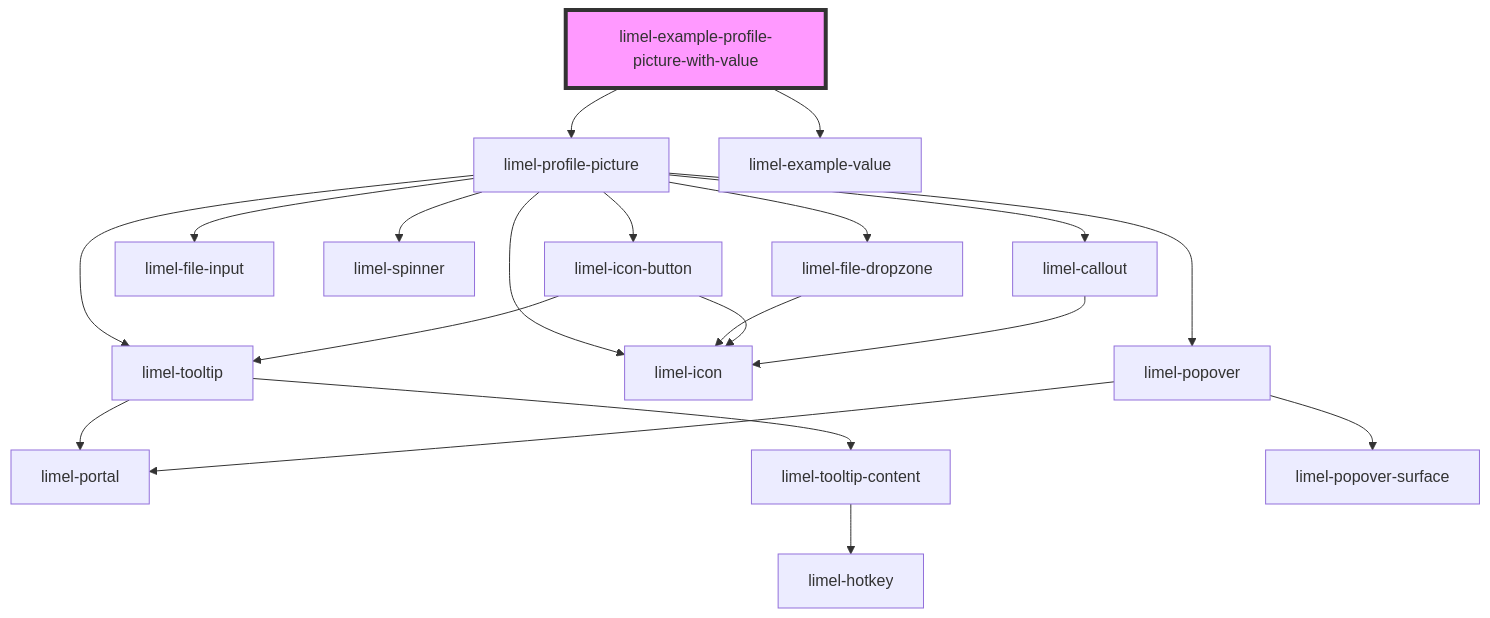
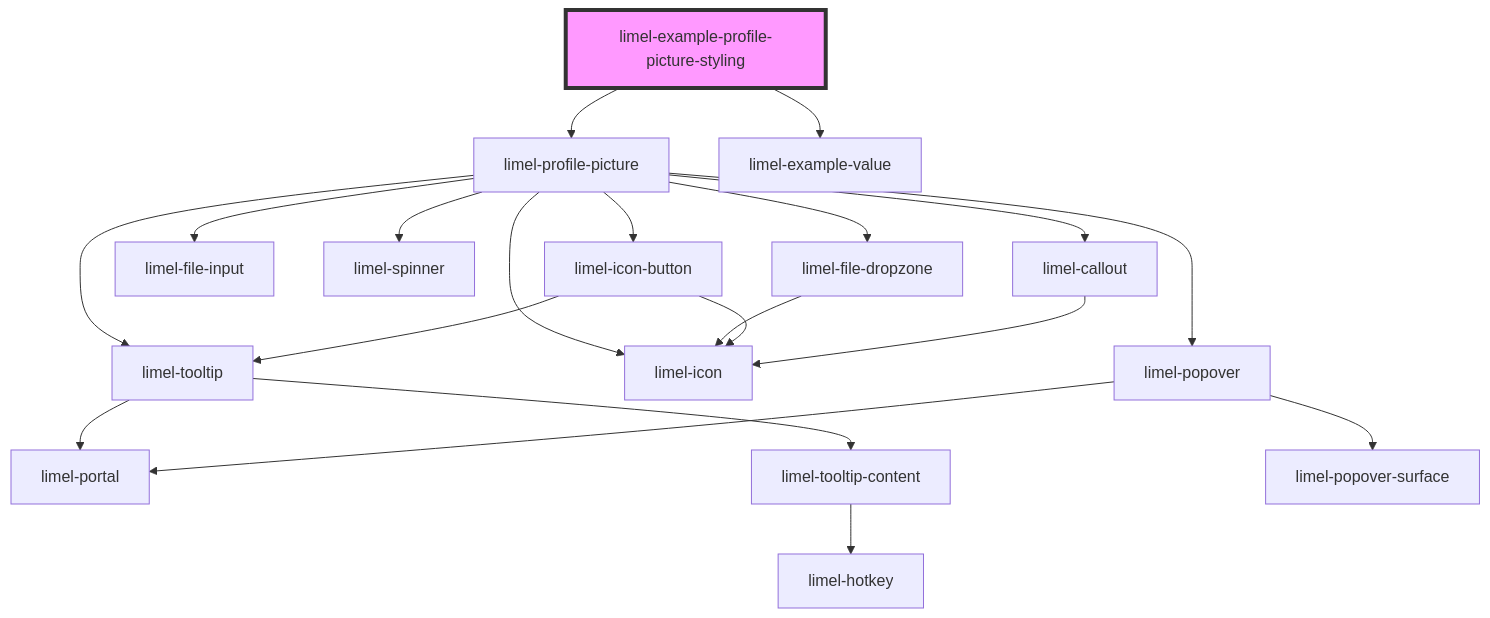
One commit to Lundalogik/lime-elements changed the diagram in versions/PR-4474/markdown-docs/components/profile-picture/examples/readme.md. Above: the diagram before and after it, drawn with Mermaid. The commit also changed other lines of this file and 3 other files, not shown here.

````diff
--- a/versions/PR-4474/markdown-docs/components/profile-picture/examples/readme.md
+++ b/versions/PR-4474/markdown-docs/components/profile-picture/examples/readme.md
@@ -17,23 +25,23 @@
 ```mermaid
 graph TD;
-  limel-example-profile-picture-with-value --> limel-profile-picture
-  limel-example-profile-picture-with-value --> limel-example-value
+  limel-example-profile-picture-styling --> limel-profile-picture
+  limel-example-profile-picture-styling --> limel-example-value
   limel-profile-picture --> limel-tooltip
   limel-profile-picture --> limel-file-dropzone
   limel-profile-picture --> limel-file-input
   limel-profile-picture --> limel-icon
   limel-profile-picture --> limel-spinner
   limel-profile-picture --> limel-popover
   limel-profile-picture --> limel-icon-button
   limel-profile-picture --> limel-callout
   limel-tooltip --> limel-portal
   limel-tooltip --> limel-tooltip-content
   limel-tooltip-content --> limel-hotkey
   limel-file-dropzone --> limel-icon
   limel-popover --> limel-portal
   limel-popover --> limel-popover-surface
   limel-icon-button --> limel-icon
   limel-icon-button --> limel-tooltip
   limel-callout --> limel-icon
-  style limel-example-profile-picture-with-value fill:#f9f,stroke:#333,stroke-width:4px
+  style limel-example-profile-picture-styling fill:#f9f,stroke:#333,stroke-width:4px
 ```
````
